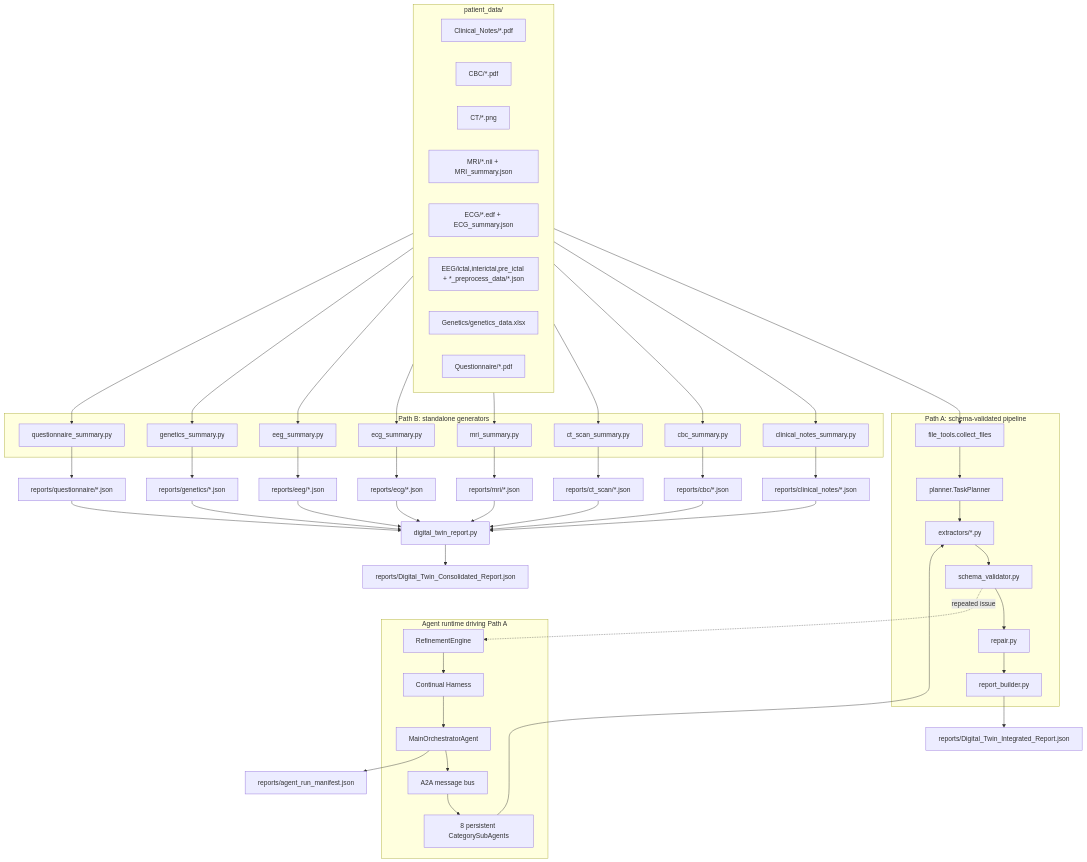
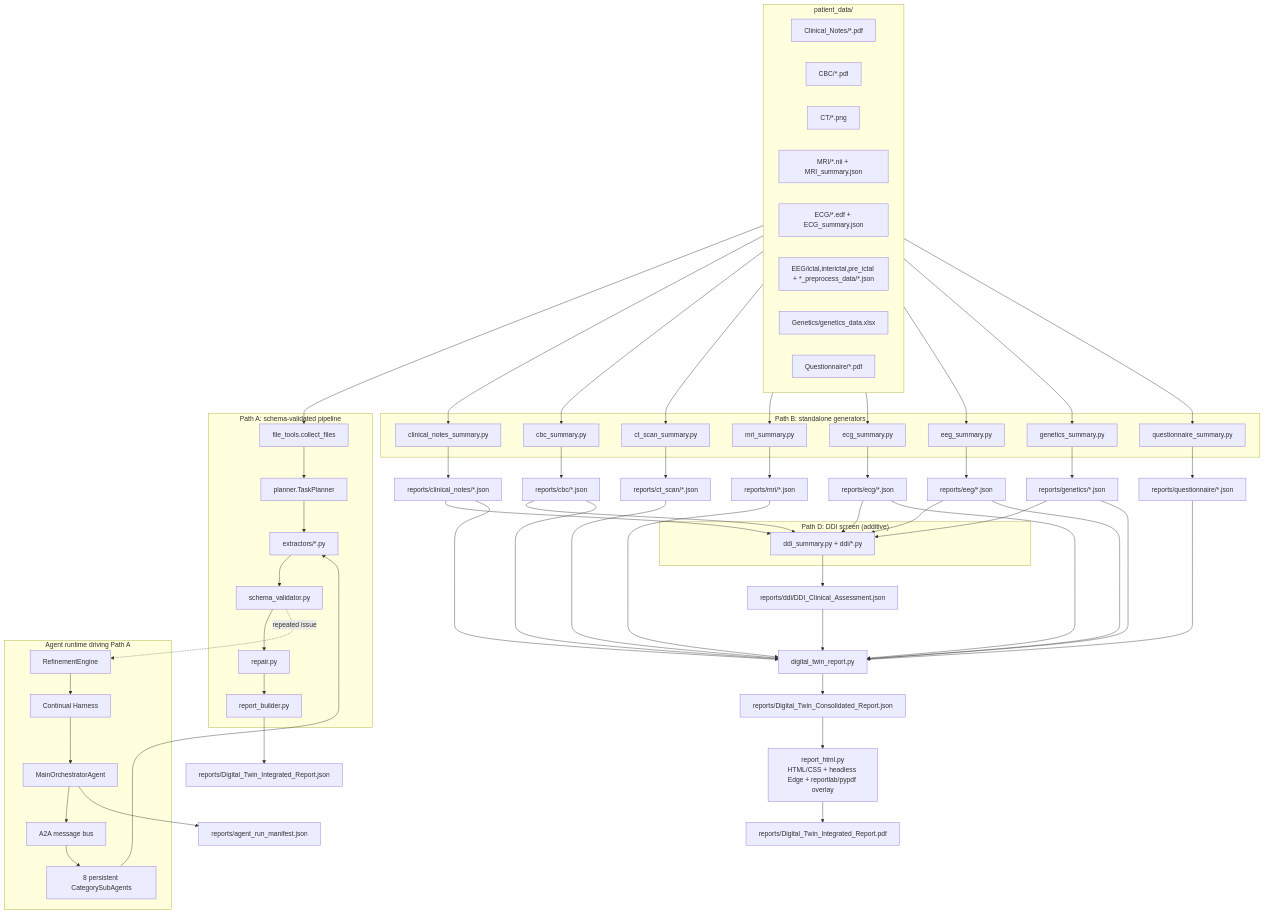
Before and after one commit to Noorunnisa-Thereem/Prime-Agent: the diagram in README.md, drawn with Mermaid. The commit also changed other lines of this file and 50 other files, not shown here.

Commit message:
Update digital twin report and DDI pipeline

````diff
--- a/README.md
+++ b/README.md
@@ -57,62 +100,71 @@
 ```mermaid
 flowchart TD
     subgraph SourceData["patient_data/"]
         F1[Clinical_Notes/*.pdf]
         F2[CBC/*.pdf]
         F3[CT/*.png]
         F4[MRI/*.nii + MRI_summary.json]
         F5[ECG/*.edf + ECG_summary.json]
         F6[EEG/ictal,interictal,pre_ictal + *_preprocess_data/*.json]
         F7[Genetics/genetics_data.xlsx]
         F8[Questionnaire/*.pdf]
     end
 
     subgraph PathA["Path A: schema-validated pipeline"]
         Scan[file_tools.collect_files]
         Plan[planner.TaskPlanner]
         Ext[extractors/*.py]
         Val[schema_validator.py]
         Rep[repair.py]
         RB[report_builder.py]
     end
 
     subgraph Agentic["Agent runtime driving Path A"]
         Main[MainOrchestratorAgent]
         Sub[8 persistent CategorySubAgents]
         A2A[A2A message bus]
         Harness[Continual Harness]
         Refine[RefinementEngine]
     end
 
     subgraph PathB["Path B: standalone generators"]
         G1[clinical_notes_summary.py]
         G2[cbc_summary.py]
         G3[ct_scan_summary.py]
         G4[mri_summary.py]
         G5[ecg_summary.py]
         G6[eeg_summary.py]
         G7[genetics_summary.py]
         G8[questionnaire_summary.py]
     end
 
+    subgraph PathD["Path D: DDI screen (additive)"]
+        DDI[ddi_summary.py + ddi/*.py]
+    end
+
     SourceData --> Scan --> Plan --> Ext
     Main --> A2A --> Sub --> Ext
     Harness --> Main
     Ext --> Val --> Rep --> RB
     RB --> OutA[reports/Digital_Twin_Integrated_Report.json]
     Main --> ManA[reports/agent_run_manifest.json]
     Val -. repeated issue .-> Refine --> Harness
 
     SourceData --> G1 & G2 & G3 & G4 & G5 & G6 & G7 & G8
     G1 --> OutB1[reports/clinical_notes/*.json]
     G2 --> OutB2[reports/cbc/*.json]
     G3 --> OutB3[reports/ct_scan/*.json]
     G4 --> OutB4[reports/mri/*.json]
     G5 --> OutB5[reports/ecg/*.json]
     G6 --> OutB6[reports/eeg/*.json]
     G7 --> OutB7[reports/genetics/*.json]
     G8 --> OutB8[reports/questionnaire/*.json]
 
-    OutB1 & OutB2 & OutB3 & OutB4 & OutB5 & OutB6 & OutB7 & OutB8 --> Merge[digital_twin_report.py]
+    OutB1 & OutB7 & OutB6 & OutB5 & OutB2 --> DDI
+    DDI --> OutD[reports/ddi/DDI_Clinical_Assessment.json]
+
+    OutB1 & OutB2 & OutB3 & OutB4 & OutB5 & OutB6 & OutB7 & OutB8 & OutD --> Merge[digital_twin_report.py]
     Merge --> OutC[reports/Digital_Twin_Consolidated_Report.json]
+    OutC --> Render[report_html.py<br/>HTML/CSS + headless Edge + reportlab/pypdf overlay]
+    Render --> OutPDF[reports/Digital_Twin_Integrated_Report.pdf]
 ```
````
